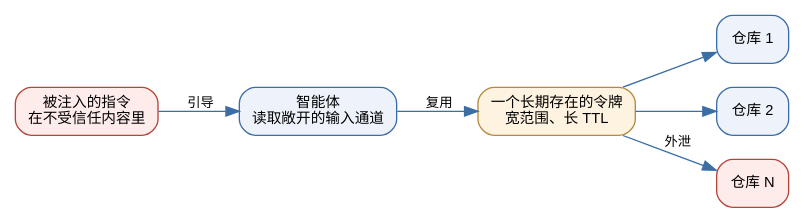
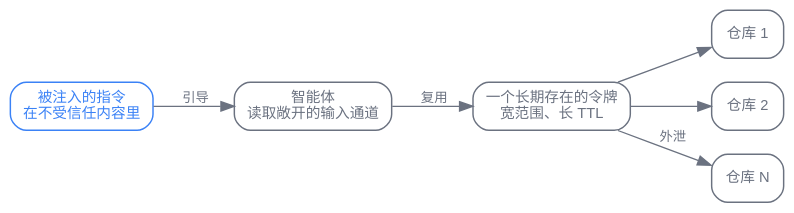
One commit to latere-ai/ai-as-an-infrastructure changed the first of 3 diagrams in zh/p8-safety/34-security-authorization.qmd. Above: the diagram before and after it, drawn with Graphviz. The commit also changed 186 other files, not shown here.

First line of the commit message:
book: visual audit pass on all diagrams and figures

````diff
--- a/zh/p8-safety/34-security-authorization.qmd
+++ b/zh/p8-safety/34-security-authorization.qmd
@@ -28,23 +28,24 @@
 ```{dot}
 //| label: fig-security-ambient-fanout
 //| fig-cap: "环境授权：一条被注入的指令继承了一个长期存在令牌的整个范围，于是爆炸半径就是该凭证所覆盖的每个资源的并集。参照 Invariant Labs 对 GitHub MCP 的披露（2025）。"
 digraph fanout {
+  bgcolor="transparent";
   rankdir=LR;
-  node [shape=box, fontname="Helvetica", fontsize=11, style="rounded,filled", fillcolor="#eef3fb", color="#3b6ea5"];
-  edge [fontname="Helvetica", fontsize=10, color="#3b6ea5"];
+  node [shape=box, fontname="Helvetica", fontsize=11, style="rounded", color="#6b7280", fontcolor="#6b7280", penwidth=1.1];
+  edge [fontname="Helvetica", fontsize=10, color="#6b7280", fontcolor="#6b7280"];
 
-  inj  [label="被注入的指令\n在不受信任内容里", fillcolor="#fdecea", color="#b5453b"];
+  inj  [label="被注入的指令\n在不受信任内容里", color="#3b82f6", fontcolor="#3b82f6"];
   ag   [label="智能体\n读取敞开的输入通道"];
-  tok  [label="一个长期存在的令牌\n宽范围、长 TTL", fillcolor="#fdf3e0", color="#b58a3b"];
+  tok  [label="一个长期存在的令牌\n宽范围、长 TTL"];
 
   r1 [label="仓库 1"];
   r2 [label="仓库 2"];
-  rn [label="仓库 N", fillcolor="#fdecea", color="#b5453b"];
+  rn [label="仓库 N"];
 
   inj -> ag [label="  引导"];
   ag  -> tok [label="  复用"];
   tok -> r1;
   tok -> r2;
   tok -> rn [label="  外泄"];
 }
 ```
````
